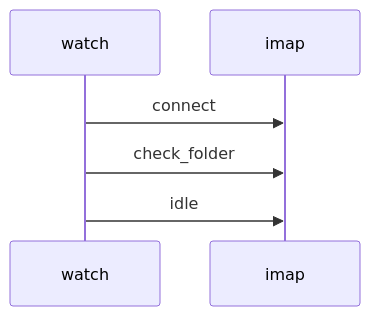
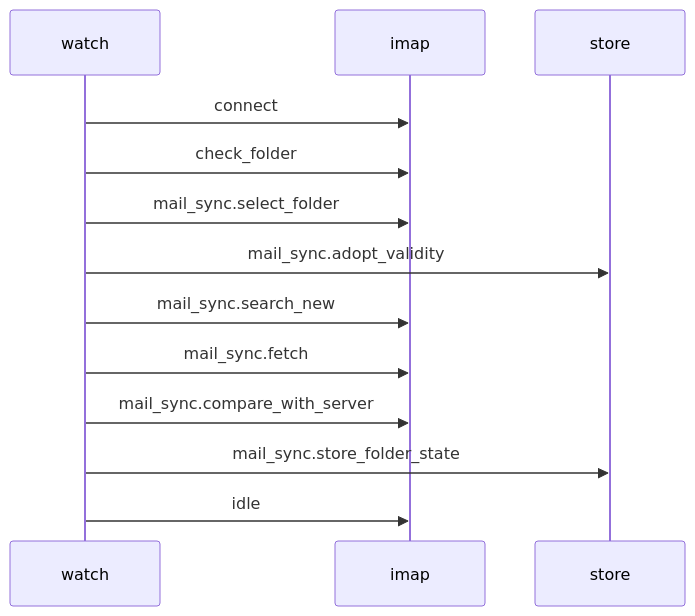
One commit to rabalyn/shale changed the diagram in docs/dataflow/mail-watch.md. Above: the diagram before and after it, drawn with Mermaid. The commit also changed other lines of this file and 16 other files, not shown here.

First line of the commit message:
Dataflow: a flow shows the shared steps its code calls, caldav_conflict recorded (DEV-026, DEV-027, DEV-028)

````diff
--- a/docs/dataflow/mail-watch.md
+++ b/docs/dataflow/mail-watch.md
@@ -8,8 +8,15 @@
 ```mermaid
 sequenceDiagram
     participant watch
     participant imap
+    participant store
     watch->>imap: connect
     watch->>imap: check_folder
+    watch->>imap: mail_sync.select_folder
+    watch->>store: mail_sync.adopt_validity
+    watch->>imap: mail_sync.search_new
+    watch->>imap: mail_sync.fetch
+    watch->>imap: mail_sync.compare_with_server
+    watch->>store: mail_sync.store_folder_state
     watch->>imap: idle
 ```
````
